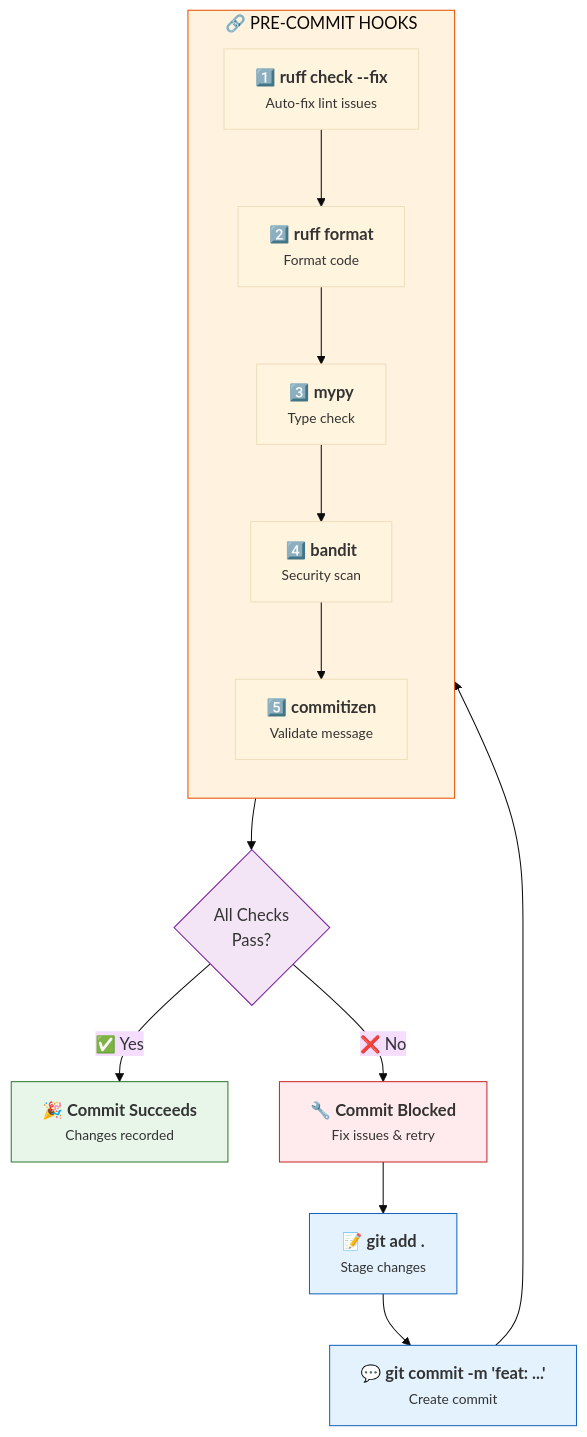
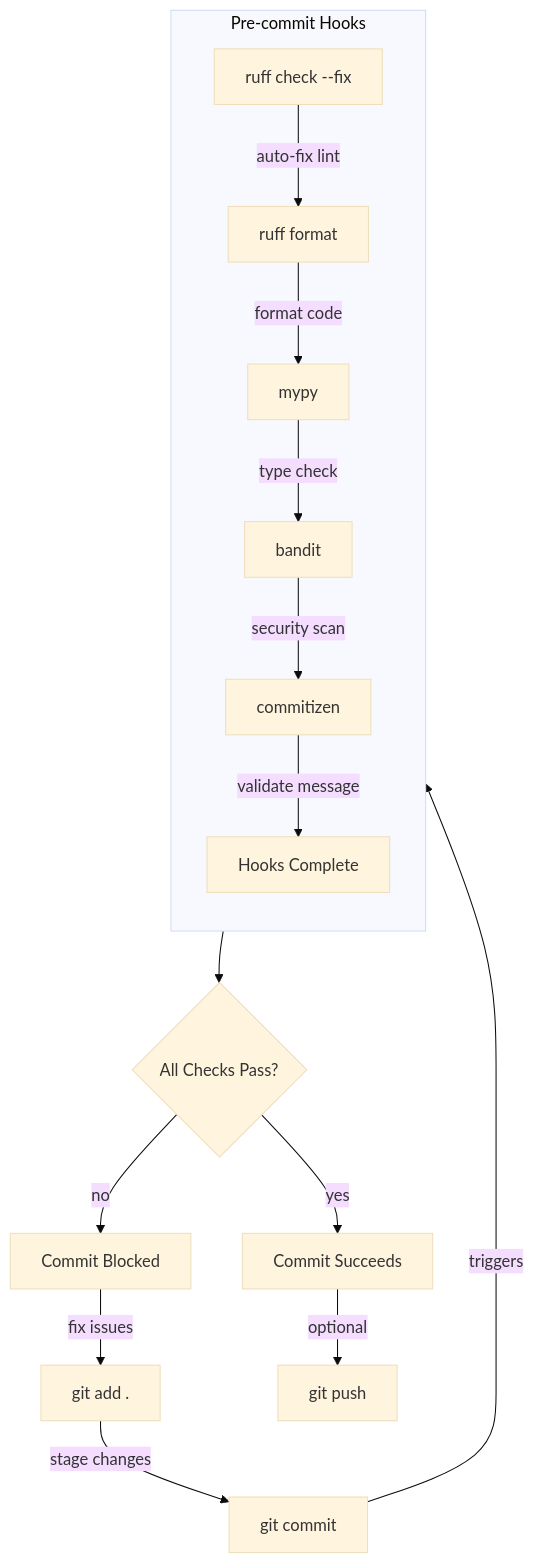
The fourth of 4 diagrams in README.md (asq-sheriff/cookiecutter-modern-python), drawn with Mermaid (base theme) before and after one commit. The commit also changed other lines of this file, not shown here.

First line of the commit message:
docs: clean up Mermaid diagrams and fix badges

````diff
--- a/README.md
+++ b/README.md
@@ -237,29 +228,27 @@
 ```mermaid
 flowchart TD
-    A["📝 <b>git add .</b><br/><small>Stage changes</small>"] --> B["💬 <b>git commit -m 'feat: ...'</b><br/><small>Create commit</small>"]
+    A[git add .] -->|stage changes| B[git commit]
 
-    B --> HOOKS
+    B -->|triggers| HOOKS
 
-    subgraph HOOKS["🔗 PRE-COMMIT HOOKS"]
+    subgraph HOOKS["Pre-commit Hooks"]
         direction TB
-        H1["1️⃣ <b>ruff check --fix</b><br/><small>Auto-fix lint issues</small>"]
-        H2["2️⃣ <b>ruff format</b><br/><small>Format code</small>"]
-        H3["3️⃣ <b>mypy</b><br/><small>Type check</small>"]
-        H4["4️⃣ <b>bandit</b><br/><small>Security scan</small>"]
-        H5["5️⃣ <b>commitizen</b><br/><small>Validate message</small>"]
-        H1 --> H2 --> H3 --> H4 --> H5
+        H1[ruff check --fix]
+        H2[ruff format]
+        H3[mypy]
+        H4[bandit]
+        H5[commitizen]
+        H1 -->|auto-fix lint| H2
+        H2 -->|format code| H3
+        H3 -->|type check| H4
+        H4 -->|security scan| H5
+        H5 -->|validate message| DONE[Hooks Complete]
     end
 
-    HOOKS --> CHECK{All Checks<br/>Pass?}
+    HOOKS --> CHECK{All Checks Pass?}
 
-    CHECK -->|"✅ Yes"| SUCCESS["🎉 <b>Commit Succeeds</b><br/><small>Changes recorded</small>"]
-    CHECK -->|"❌ No"| FAIL["🔧 <b>Commit Blocked</b><br/><small>Fix issues & retry</small>"]
-    FAIL --> A
-
-    style A fill:#e3f2fd,stroke:#1565c0
-    style B fill:#e3f2fd,stroke:#1565c0
-    style HOOKS fill:#fff3e0,stroke:#e65100
-    style CHECK fill:#f3e5f5,stroke:#7b1fa2
-    style SUCCESS fill:#e8f5e9,stroke:#2e7d32
-    style FAIL fill:#ffebee,stroke:#c62828
+    CHECK -->|yes| SUCCESS[Commit Succeeds]
+    CHECK -->|no| FAIL[Commit Blocked]
+    FAIL -->|fix issues| A
+    SUCCESS -->|optional| PUSH[git push]
 ```
````
